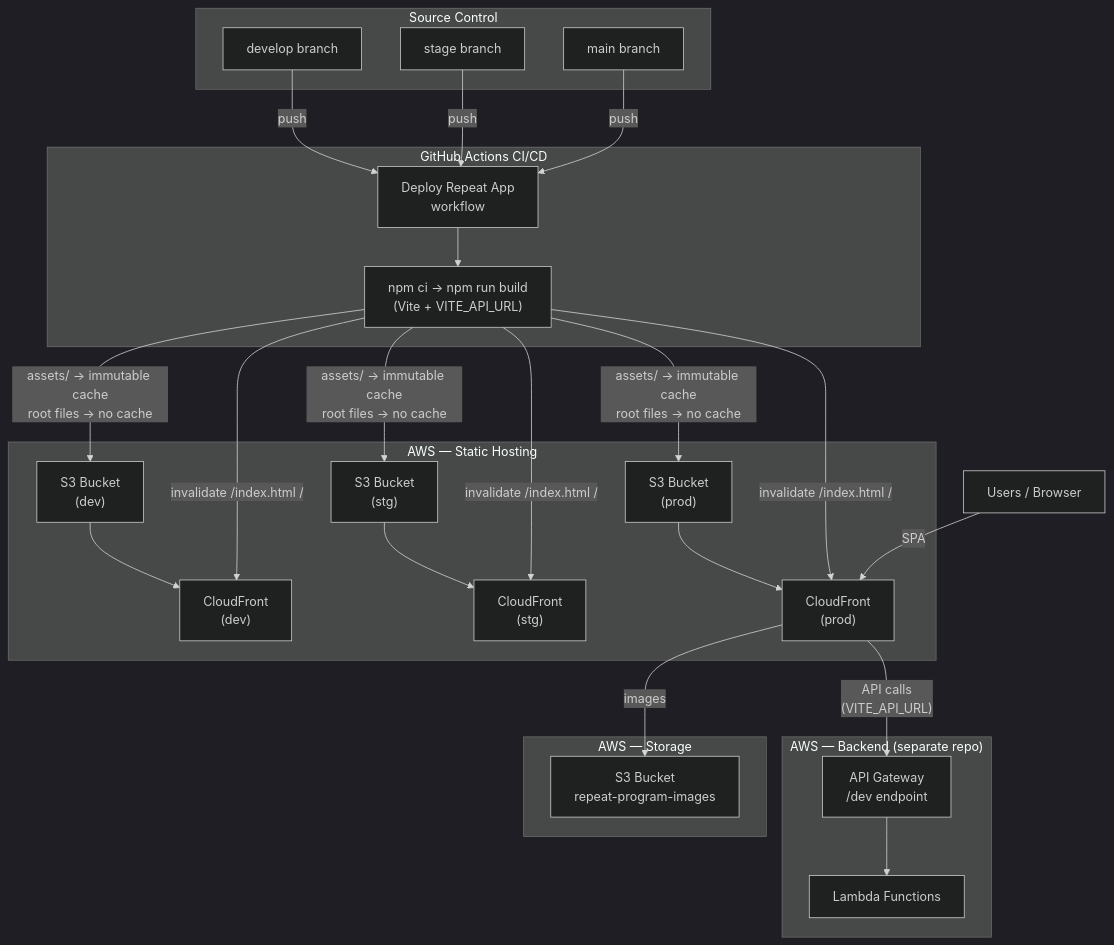
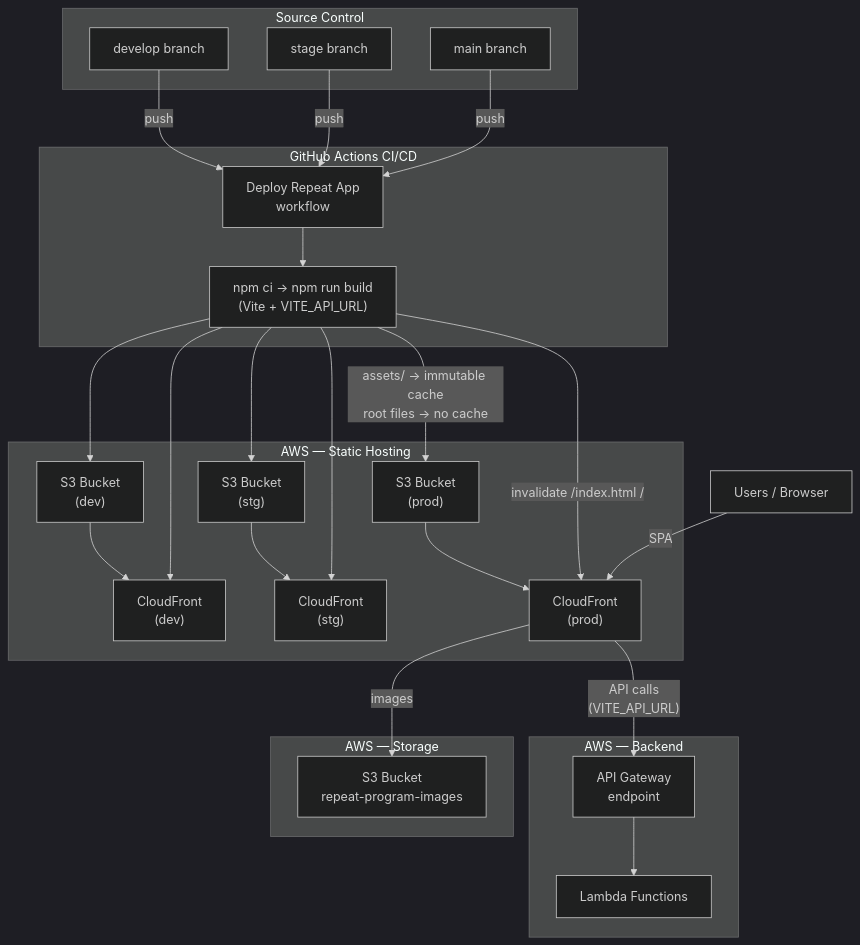
One commit to pikogi/Mockup-repeat changed the diagram in docs/DEPLOY.md. Above: the diagram before and after it, drawn with Mermaid (dark theme). The commit also changed other lines of this file and 2 other files, not shown here.

````diff
--- a/docs/DEPLOY.md
+++ b/docs/DEPLOY.md
@@ -9,52 +9,52 @@
 ```mermaid
 graph TB
     subgraph "Source Control"
         DEV_BRANCH["develop branch"]
         STG_BRANCH["stage branch"]
         MAIN_BRANCH["main branch"]
     end
 
     subgraph "GitHub Actions CI/CD"
         GHA["Deploy Repeat App<br/>workflow"]
         BUILD["npm ci → npm run build<br/>(Vite + VITE_API_URL)"]
         GHA --> BUILD
     end
 
     DEV_BRANCH -->|push| GHA
     STG_BRANCH -->|push| GHA
     MAIN_BRANCH -->|push| GHA
 
     subgraph "AWS — Static Hosting"
         S3_DEV["S3 Bucket<br/>(dev)"]
         S3_STG["S3 Bucket<br/>(stg)"]
         S3_PROD["S3 Bucket<br/>(prod)"]
         CF_DEV["CloudFront<br/>(dev)"]
         CF_STG["CloudFront<br/>(stg)"]
         CF_PROD["CloudFront<br/>(prod)"]
         S3_DEV --> CF_DEV
         S3_STG --> CF_STG
         S3_PROD --> CF_PROD
     end
 
-    BUILD -->|"assets/ → immutable cache<br/>root files → no cache"| S3_DEV
-    BUILD -->|"assets/ → immutable cache<br/>root files → no cache"| S3_STG
+    BUILD --> S3_DEV
+    BUILD --> S3_STG
     BUILD -->|"assets/ → immutable cache<br/>root files → no cache"| S3_PROD
-    BUILD -->|"invalidate /index.html /"| CF_DEV
-    BUILD -->|"invalidate /index.html /"| CF_STG
+    BUILD --> CF_DEV
+    BUILD --> CF_STG
     BUILD -->|"invalidate /index.html /"| CF_PROD
 
-    subgraph "AWS — Backend (separate repo)"
-        APIGW["API Gateway<br/>/dev endpoint"]
+    subgraph "AWS — Backend"
+        APIGW["API Gateway<br/> endpoint"]
         LAMBDA["Lambda Functions"]
         APIGW --> LAMBDA
     end
 
     subgraph "AWS — Storage"
         S3_IMAGES["S3 Bucket<br/>repeat-program-images"]
     end
 
     USERS["Users / Browser"]
     USERS -->|"SPA"| CF_PROD
     CF_PROD -->|"API calls<br/>(VITE_API_URL)"| APIGW
     CF_PROD -->|"images"| S3_IMAGES
 ```
````
